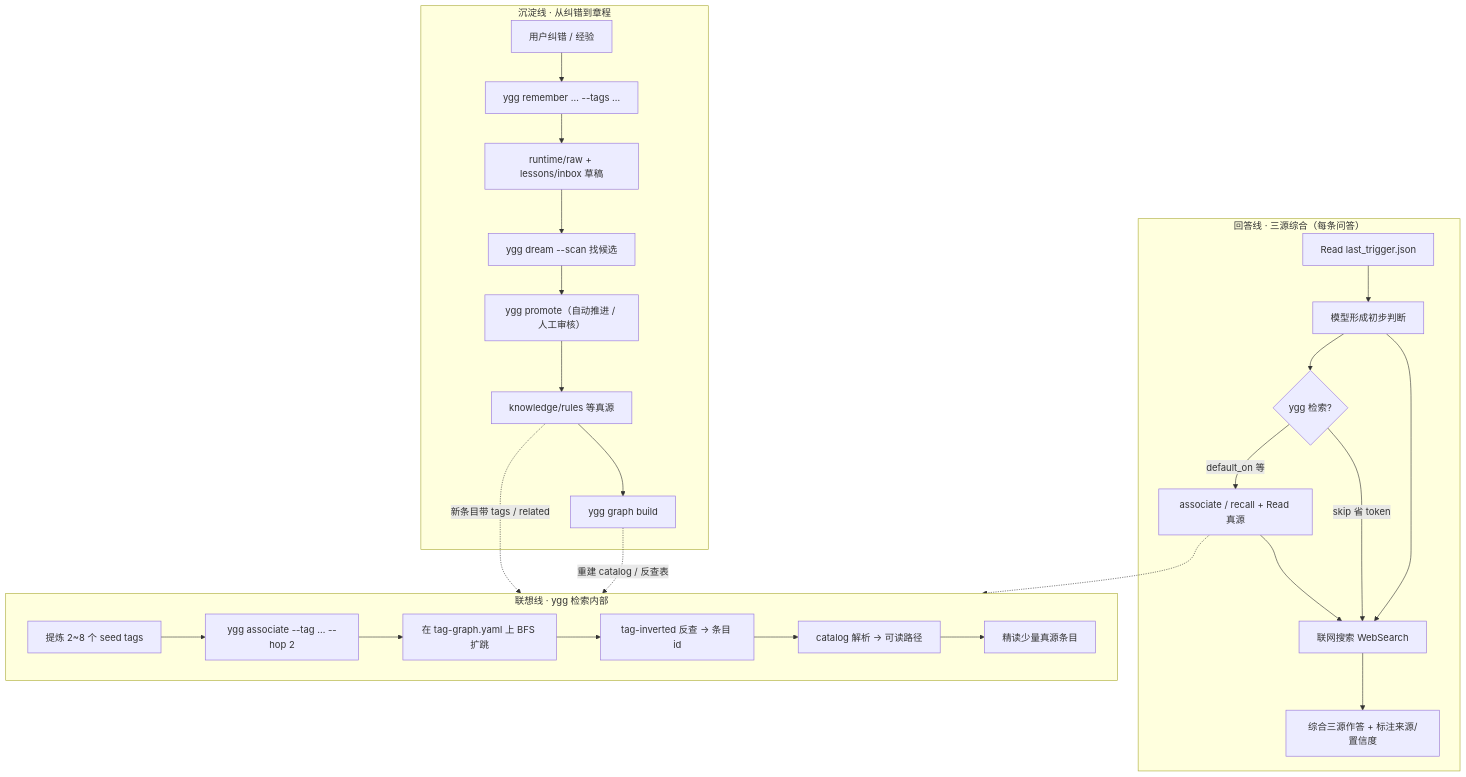
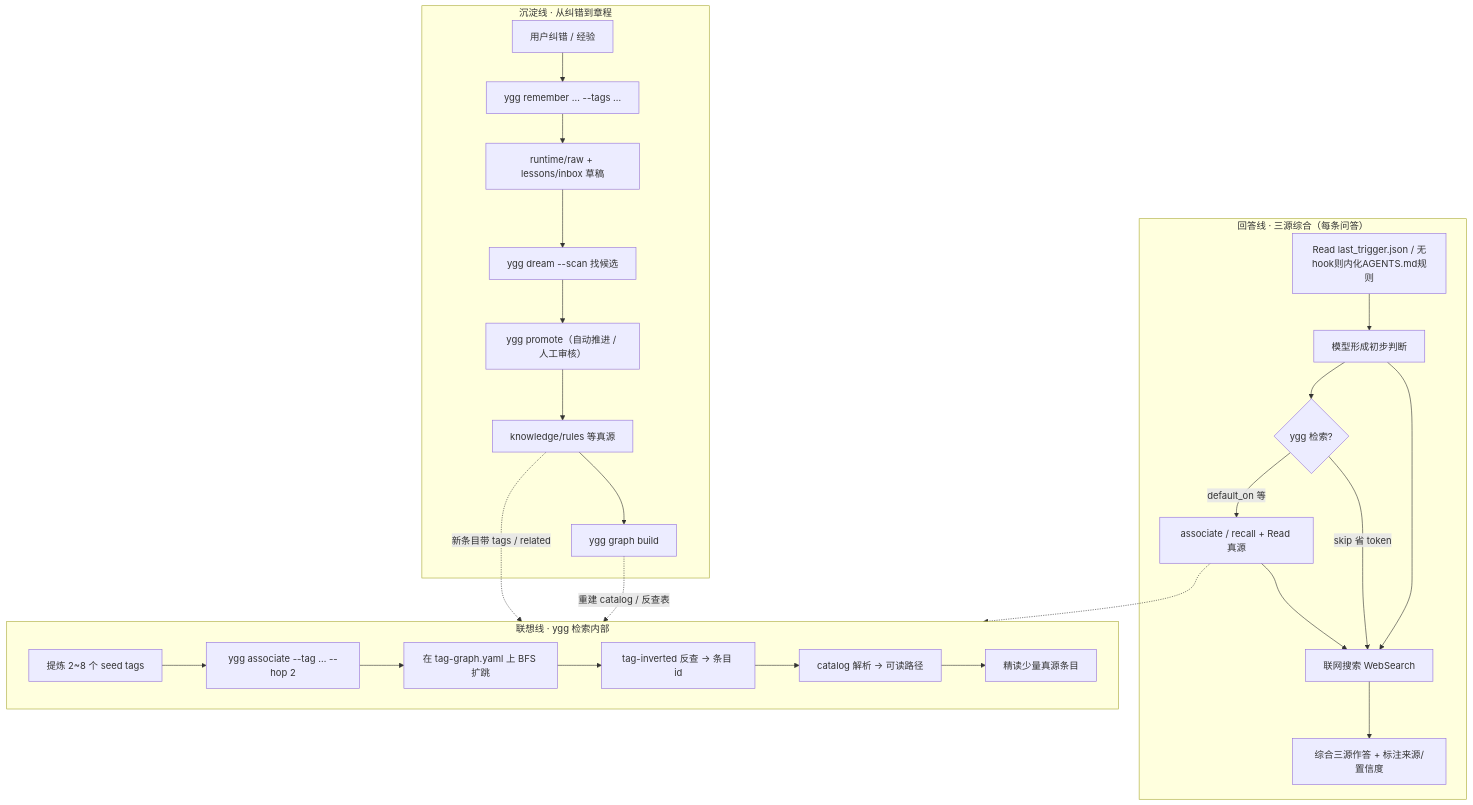
The second of 2 diagrams in README.md (leoknuth/YggForge), drawn with Mermaid before and after one commit. The commit also changed other lines of this file and 4 other files, not shown here.

First line of the commit message:
docs(trigger): clarify non-hook agent integration (KimiClaw/OpenClaw)

````diff
--- a/README.md
+++ b/README.md
@@ -141,38 +141,38 @@
 ```mermaid
 flowchart TB
   subgraph answer ["回答线 · 三源综合（每条问答）"]
-    hook[Read last_trigger.json]
+    hook["Read last_trigger.json / 无hook则内化AGENTS.md规则"]
     model[模型形成初步判断]
     yggGate{ygg 检索?}
     yggCmd[associate / recall + Read 真源]
     web[联网搜索 WebSearch]
     synth[综合三源作答 + 标注来源/置信度]
     hook --> model --> yggGate
     yggGate -->|default_on 等| yggCmd --> web
     yggGate -->|skip 省 token| web
     model --> web
     web --> synth
   end
   subgraph assoc ["联想线 · ygg 检索内部"]
     seeds[提炼 2~8 个 seed tags]
     cmdA["ygg associate --tag … --hop 2"]
     bfs["在 tag-graph.yaml 上 BFS 扩跳"]
     inv["tag-inverted 反查 → 条目 id"]
     cat["catalog 解析 → 可读路径"]
     read[精读少量真源条目]
     seeds --> cmdA --> bfs --> inv --> cat --> read
   end
   subgraph sink ["沉淀线 · 从纠错到章程"]
     fix[用户纠错 / 经验]
     cmdR["ygg remember … --tags …"]
     raw["runtime/raw + lessons/inbox 草稿"]
     dream["ygg dream --scan 找候选"]
     prom["ygg promote（自动推进 / 人工审核）"]
     canon["knowledge/rules 等真源"]
     cmdG["ygg graph build"]
     fix --> cmdR --> raw --> dream --> prom --> canon --> cmdG
   end
   yggCmd -.-> assoc
   canon -. "新条目带 tags / related" .-> assoc
   cmdG -. "重建 catalog / 反查表" .-> assoc
 ```
````
